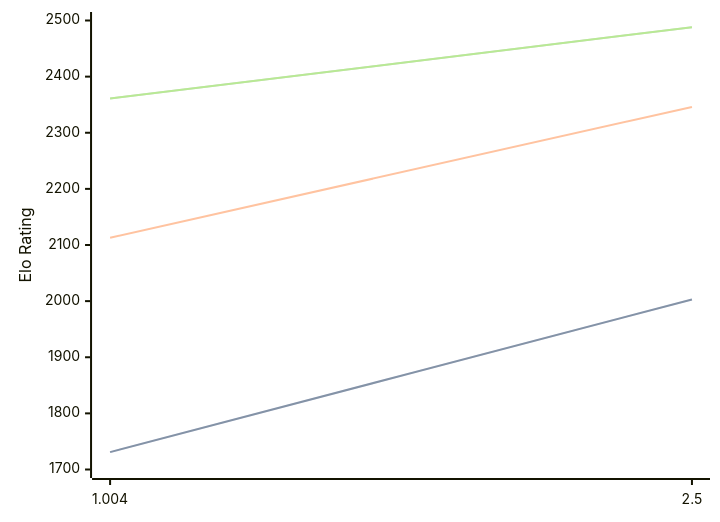
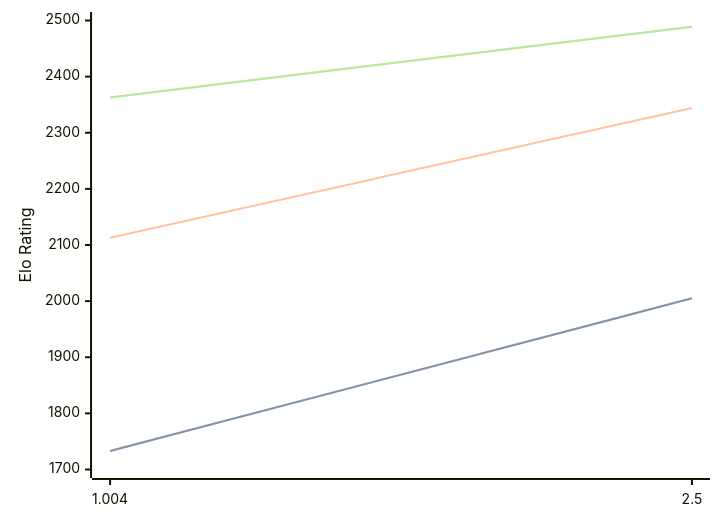
One commit to computer-chess-index/cci changed the diagram in engines/Ares.md. Above: the diagram before and after it, drawn with Mermaid. The commit also changed other lines of this file, not shown here.

Commit message:
Update CCI Ratings (ELO VLTC) - 2026-03-14

````diff
--- a/engines/Ares.md
+++ b/engines/Ares.md
@@ -30,11 +30,11 @@
 ```mermaid
 %%{init: {"theme":"base","themeVariables":{"seriesColors:['#a3a3a3','#222221','#faa371']}}}%%
 xychart-beta
   x-axis ["1.004", "2.5"]
   y-axis "Elo Rating" 1700 --> 2500
-  line "STC (8.0+0.08s)" [1731, 2003]
-  line "STC (8.0+0.08s)" [1731, 2003]
-  line "LTC (60.0+0.60s)" [2113, 2346]
-  line "VLTC (2m24s+1.12s)" [2361, 2488]
-  line "VLTC (2m24s+1.12s)" [2361, 2488]
+  line "STC (8.0+0.08s)" [1733, 2005]
+  line "STC (8.0+0.08s)" [1733, 2005]
+  line "LTC (60.0+0.60s)" [2113, 2344]
+  line "VLTC (2m24s+1.12s)" [2363, 2489]
+  line "VLTC (2m24s+1.12s)" [2363, 2489]
 ```
````
